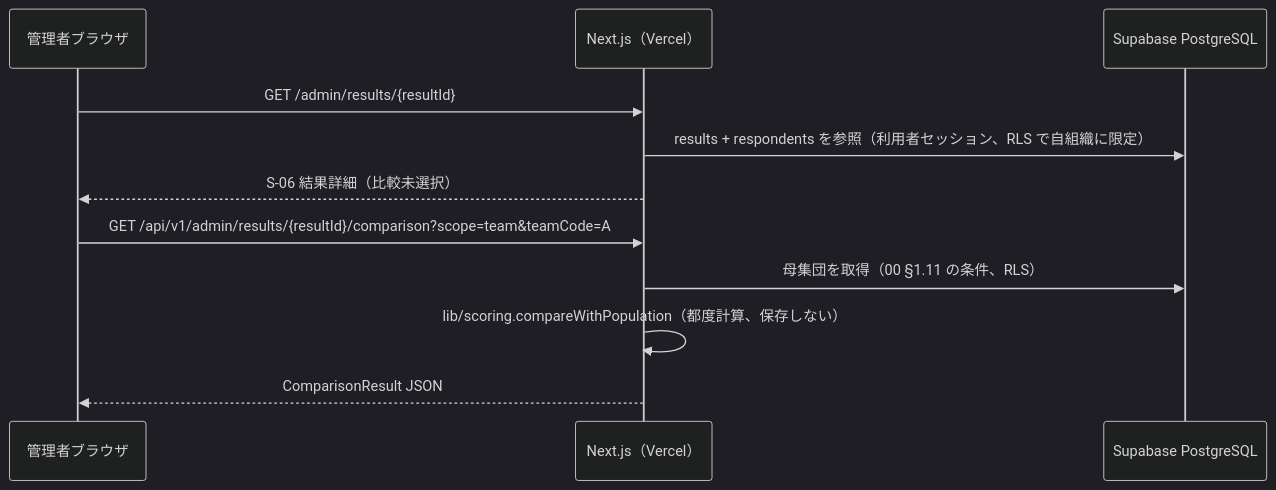
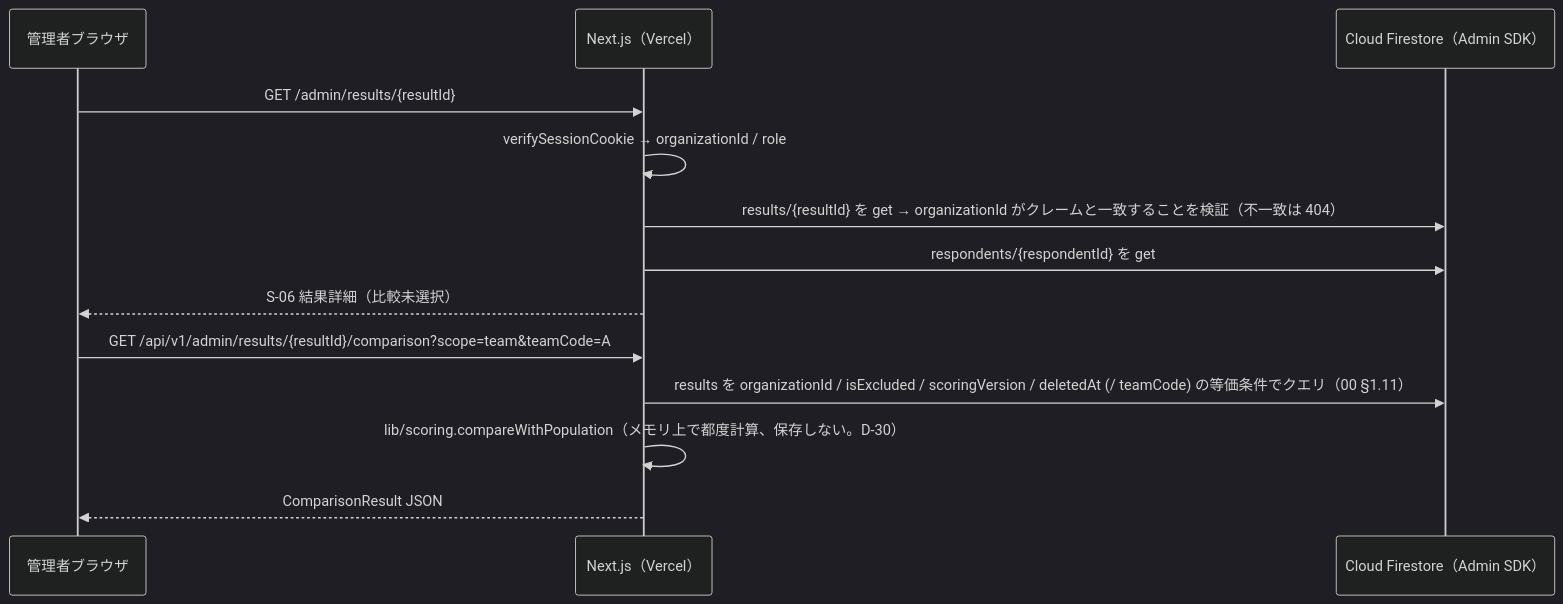
The fourth of 7 diagrams in docs/基本設計/01_システム構成.md (tanukichiyamaguchi/Tekisei-Kensa), drawn with Mermaid (dark theme) before and after one commit. The commit also changed other lines of this file and 2 other files, not shown here.

````diff
--- a/docs/基本設計/01_システム構成.md
+++ b/docs/基本設計/01_システム構成.md
@@ -138,13 +171,15 @@
 ```mermaid
 sequenceDiagram
     participant A as 管理者ブラウザ
     participant N as Next.js（Vercel）
-    participant DB as Supabase PostgreSQL
+    participant FS as Cloud Firestore（Admin SDK）
     A->>N: GET /admin/results/{resultId}
-    N->>DB: results + respondents を参照（利用者セッション、RLS で自組織に限定）
+    N->>N: verifySessionCookie → organizationId / role
+    N->>FS: results/{resultId} を get → organizationId がクレームと一致することを検証（不一致は 404）
+    N->>FS: respondents/{respondentId} を get
     N-->>A: S-06 結果詳細（比較未選択）
     A->>N: GET /api/v1/admin/results/{resultId}/comparison?scope=team&teamCode=A
-    N->>DB: 母集団を取得（00 §1.11 の条件、RLS）
-    N->>N: lib/scoring.compareWithPopulation（都度計算、保存しない）
+    N->>FS: results を organizationId / isExcluded / scoringVersion / deletedAt (/ teamCode) の等価条件でクエリ（00 §1.11）
+    N->>N: lib/scoring.compareWithPopulation（メモリ上で都度計算、保存しない。D-30）
     N-->>A: ComparisonResult JSON
 ```
````
